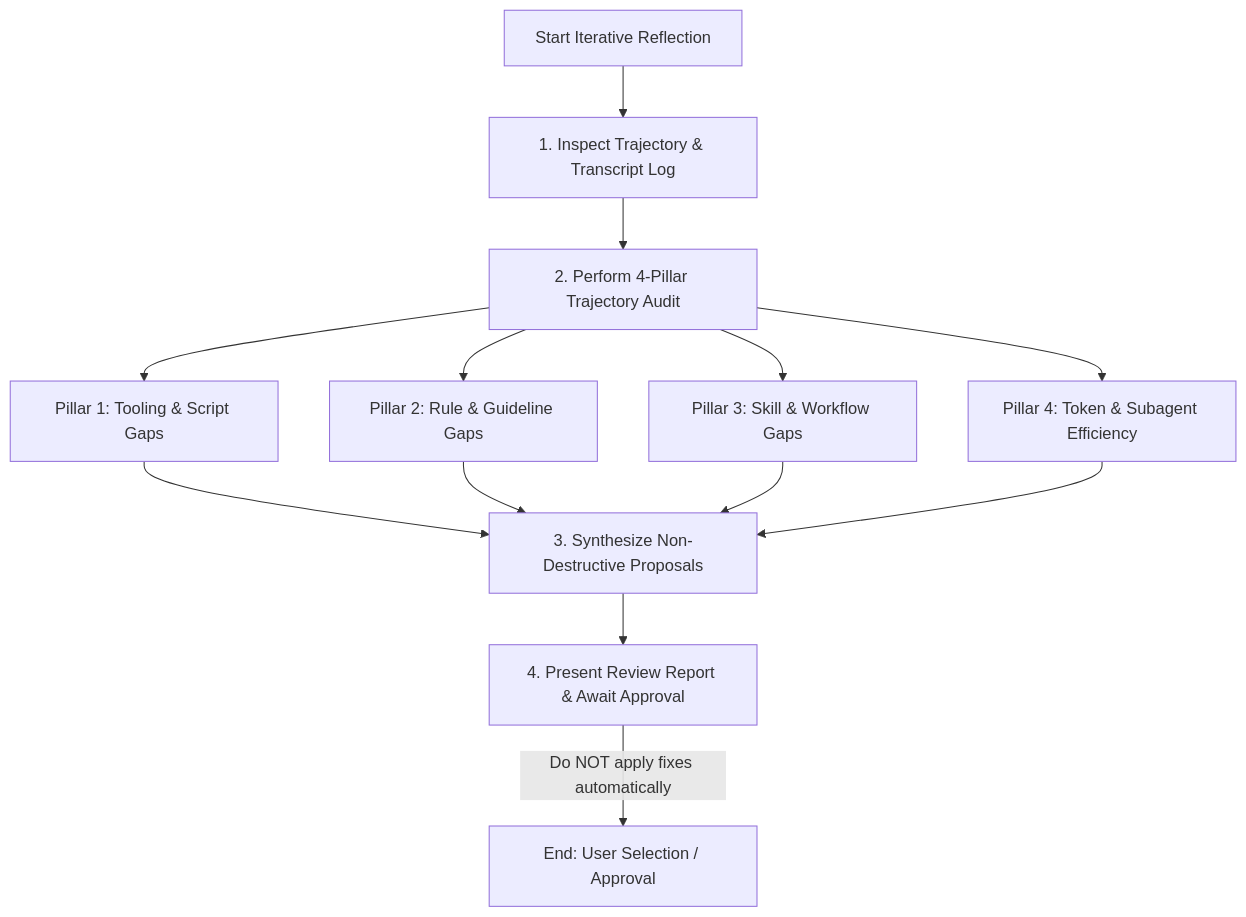
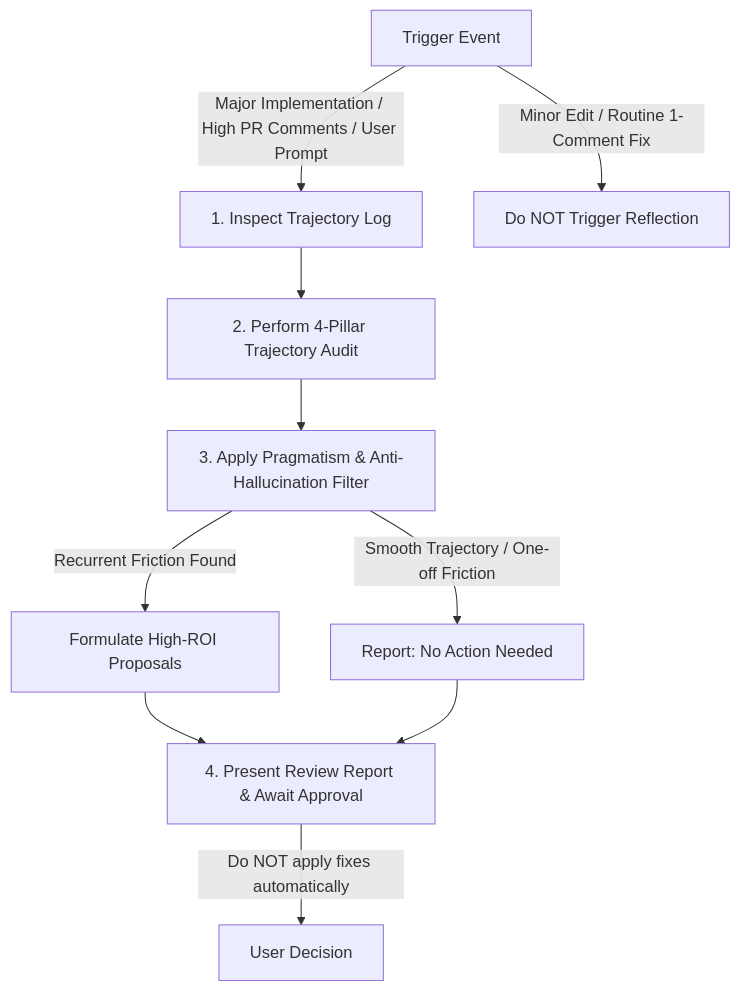
Before and after one commit to google/xmc: the diagram in .agents/skills/iterative_reflection/SKILL.md, drawn with Mermaid. The commit also changed other lines of this file and 3 other files, not shown here.

Commit message:
feat(skills): add PR comment volume trigger and pragmatism filter to iterative reflection skill

````diff
--- a/.agents/skills/iterative_reflection/SKILL.md
+++ b/.agents/skills/iterative_reflection/SKILL.md
@@ -10,12 +10,11 @@
 ```mermaid
 graph TD
-    A[Start Iterative Reflection] --> B[1. Inspect Trajectory & Transcript Log]
+    A[Trigger Event] -->|Major Implementation / High PR Comments / User Prompt| B[1. Inspect Trajectory Log]
+    A -->|Minor Edit / Routine 1-Comment Fix| Stop[Do NOT Trigger Reflection]
     B --> C[2. Perform 4-Pillar Trajectory Audit]
-    C --> D1[Pillar 1: Tooling & Script Gaps]
-    C --> D2[Pillar 2: Rule & Guideline Gaps]
-    C --> D3[Pillar 3: Skill & Workflow Gaps]
-    C --> D4[Pillar 4: Token & Subagent Efficiency]
-    D1 & D2 & D3 & D4 --> E[3. Synthesize Non-Destructive Proposals]
-    E --> F[4. Present Review Report & Await Approval]
-    F -->|Do NOT apply fixes automatically| G[End: User Selection / Approval]
+    C --> D[3. Apply Pragmatism & Anti-Hallucination Filter]
+    D -->|Recurrent Friction Found| E[Formulate High-ROI Proposals]
+    D -->|Smooth Trajectory / One-off Friction| F[Report: No Action Needed]
+    E & F --> G[4. Present Review Report & Await Approval]
+    G -->|Do NOT apply fixes automatically| End[User Decision]
 ```
````
